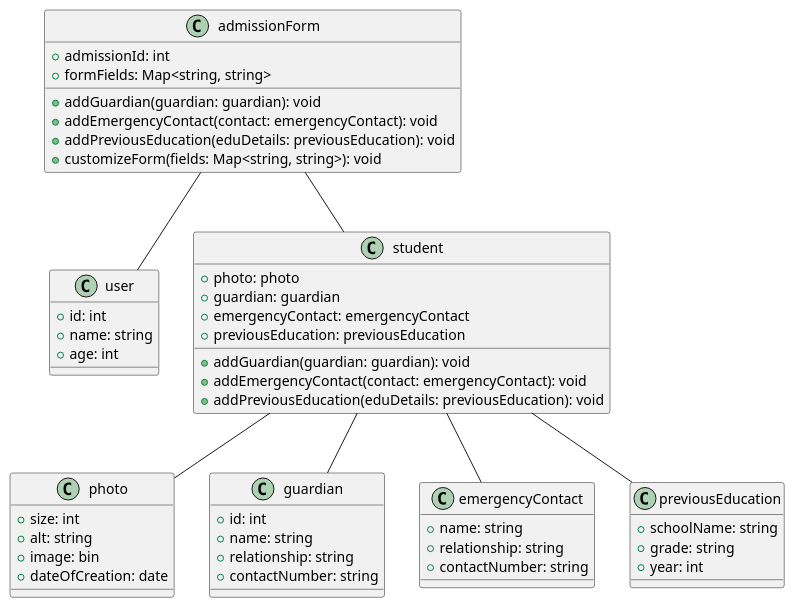
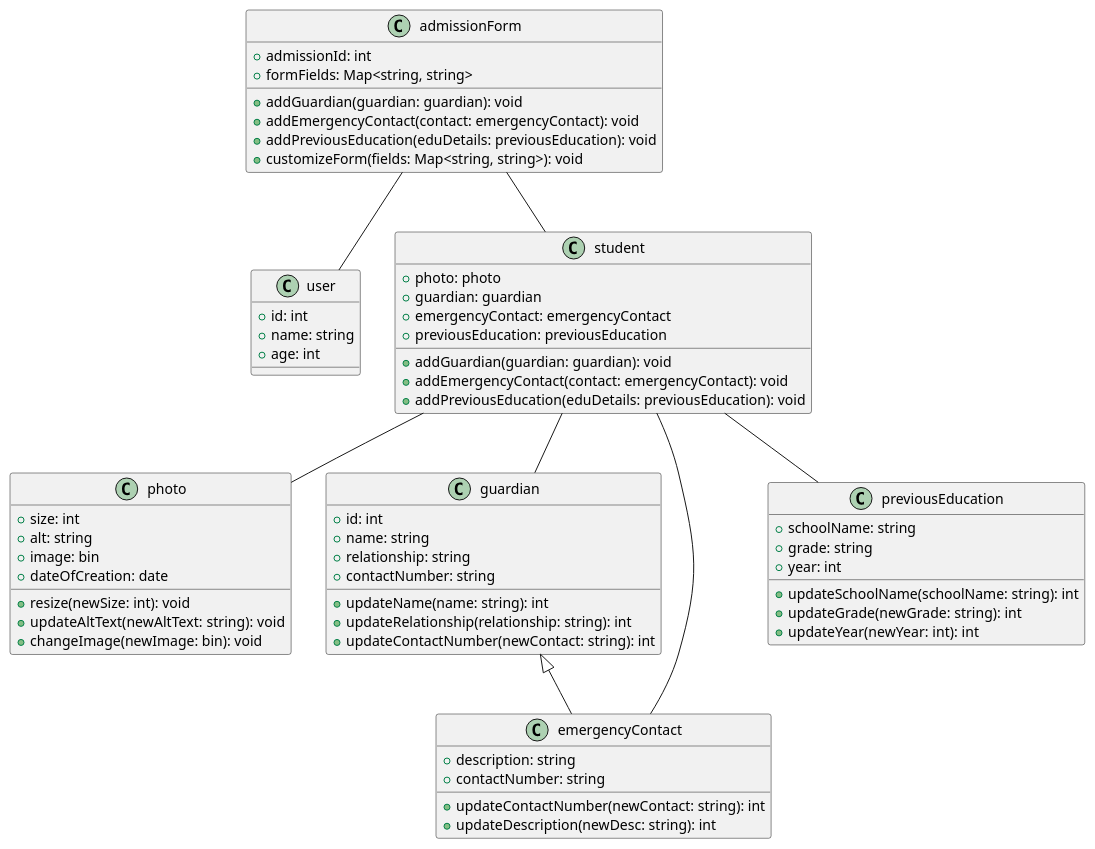
Before and after one commit to anshium/DASS-Assignment-3-IMS-System-Design: the diagram in admissions.plantuml, drawn with PlantUML. The commit also changed 1 other file, not shown here.

Commit message:
admissions and human_resources

```diff
--- a/admissions.plantuml
+++ b/admissions.plantuml
@@ -1,60 +1,71 @@
-@startuml
+@startuml admissions
 class admissionForm {
   + admissionId: int
   + formFields: Map<string, string>
   + addGuardian(guardian: guardian): void
   + addEmergencyContact(contact: emergencyContact): void
   + addPreviousEducation(eduDetails: previousEducation): void
   + customizeForm(fields: Map<string, string>): void
 }
 
 class user {
   + id: int
   + name: string
   + age: int
 }
 
 class student {
   + photo: photo
   + guardian: guardian
   + emergencyContact: emergencyContact
   + previousEducation: previousEducation
   + addGuardian(guardian: guardian): void
   + addEmergencyContact(contact: emergencyContact): void
   + addPreviousEducation(eduDetails: previousEducation): void
 }
 
 class photo {
   + size: int
   + alt: string
   + image: bin
   + dateOfCreation: date
+  + resize(newSize: int): void
+  + updateAltText(newAltText: string): void
+  + changeImage(newImage: bin): void
 }
 
 class guardian {
   + id: int
   + name: string
   + relationship: string
   + contactNumber: string
+  + updateName(name: string): int
+  + updateRelationship(relationship: string): int
+  + updateContactNumber(newContact: string): int
 }
 
-class emergencyContact {
-  + name: string
-  + relationship: string
-  + contactNumber: string
+class emergencyContact extends guardian{
+	+ description: string
+	+ contactNumber: string
+
+	+ updateContactNumber(newContact: string): int
+	+ updateDescription(newDesc: string): int
 }
 
 class previousEducation {
   + schoolName: string
   + grade: string
   + year: int
+  + updateSchoolName(schoolName: string): int
+  + updateGrade(newGrade: string): int
+  + updateYear(newYear: int): int
 }
 
 admissionForm -- user
 admissionForm -- student
 student -- photo
 student -- guardian
 student -- emergencyContact
 student -- previousEducation
 
 @enduml
```
